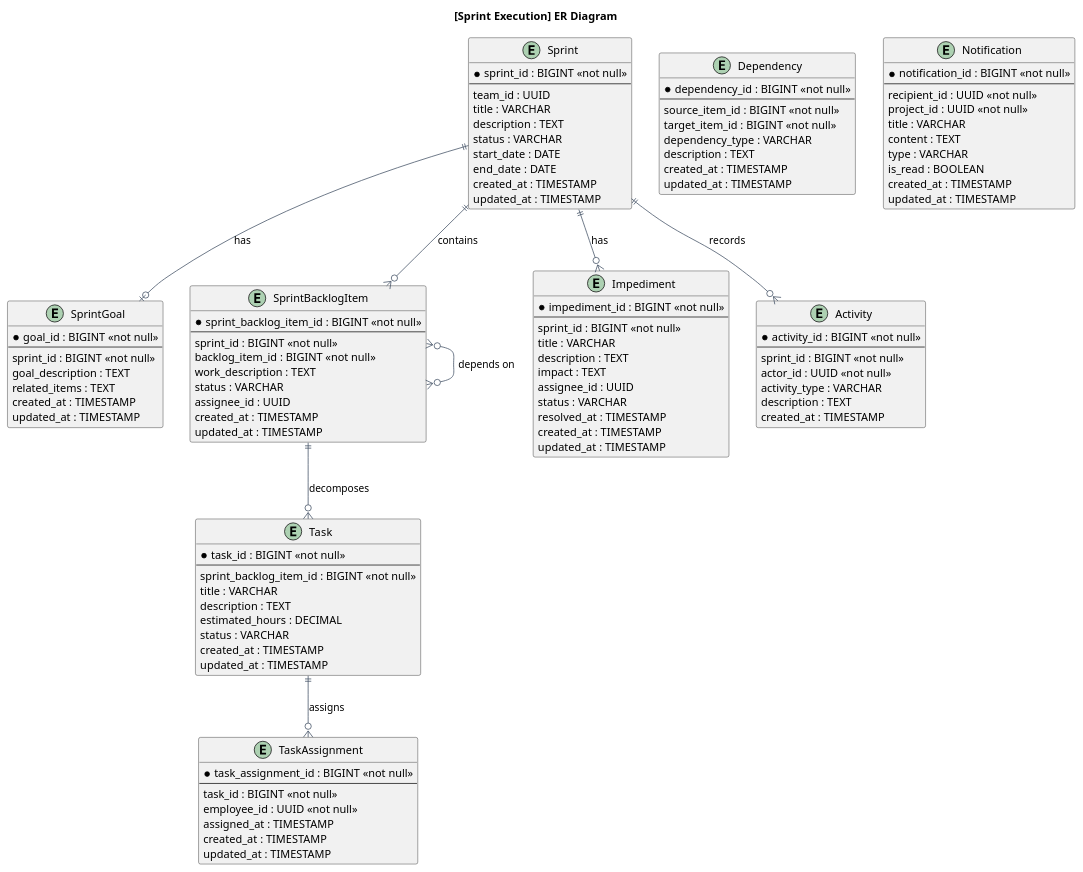
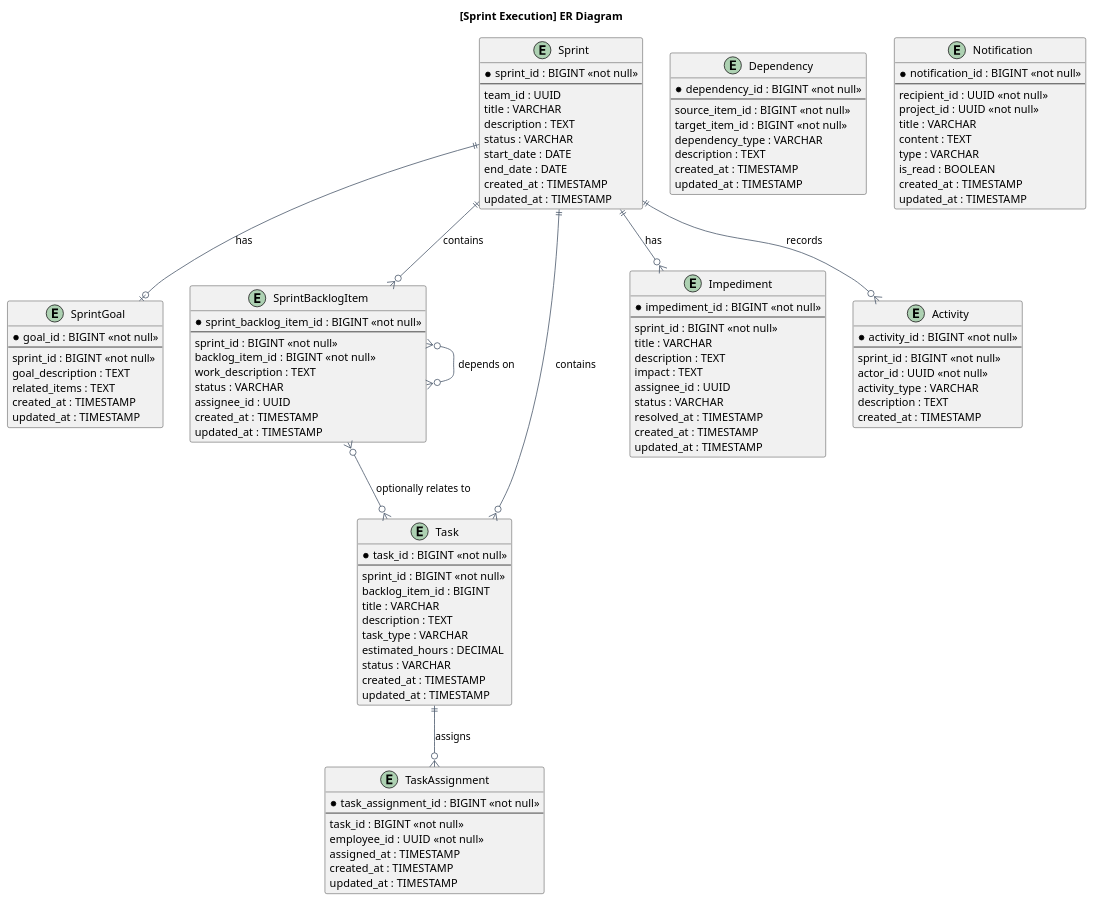
Before and after one commit to mizo432/modulith-learning: the first of 2 diagrams in docs/22 要件定義書/AG アジルーム/03 機能要件/AG-04 スプリント実行/04.システム/01.情報/情報ER図.md, drawn with PlantUML. The commit also changed other lines of this file and 10 other files, not shown here.

```diff
--- a/docs/22 要件定義書/AG アジルーム/03 機能要件/AG-04 スプリント実行/04.システム/01.情報/情報ER図.md
+++ b/docs/22 要件定義書/AG アジルーム/03 機能要件/AG-04 スプリント実行/04.システム/01.情報/情報ER図.md
@@ -58,9 +58,11 @@
 entity "Task" as Task {
   * task_id : BIGINT <<not null>>
   --
-  sprint_backlog_item_id : BIGINT <<not null>>
+  sprint_id : BIGINT <<not null>>
+  backlog_item_id : BIGINT
   title : VARCHAR
   description : TEXT
+  task_type : VARCHAR
   estimated_hours : DECIMAL
   status : VARCHAR
   created_at : TIMESTAMP
@@ -129,7 +131,8 @@
 Sprint ||--o{ SprintBacklogItem : contains
 Sprint ||--o{ Impediment : has
 Sprint ||--o{ Activity : records
-SprintBacklogItem ||--o{ Task : decomposes
+Sprint ||--o{ Task : contains
+SprintBacklogItem }o--o{ Task : optionally relates to
 Task ||--o{ TaskAssignment : assigns
 SprintBacklogItem }o--o{ SprintBacklogItem : depends on
 @enduml
```
